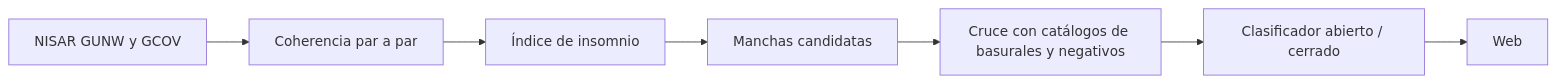
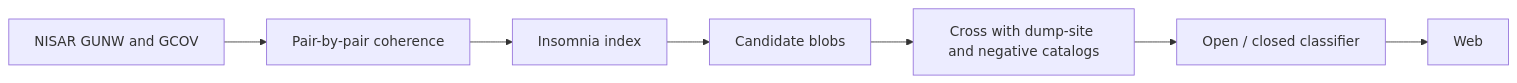
Before and after one commit to fardenghi/dumpsite: the diagram in README.md, drawn with Mermaid. The commit also changed other lines of this file, not shown here.

````diff
--- a/README.md
+++ b/README.md
@@ -14,9 +14,9 @@
 ```mermaid
 flowchart LR
-    A[NISAR GUNW y GCOV] --> B[Coherencia par a par]
-    B --> C[Índice de insomnio]
-    C --> D[Manchas candidatas]
-    D --> E[Cruce con catálogos de basurales y negativos]
-    E --> F[Clasificador abierto / cerrado]
+    A[NISAR GUNW and GCOV] --> B[Pair-by-pair coherence]
+    B --> C[Insomnia index]
+    C --> D[Candidate blobs]
+    D --> E[Cross with dump-site and negative catalogs]
+    E --> F[Open / closed classifier]
     F --> G[Web]
 ```
````
